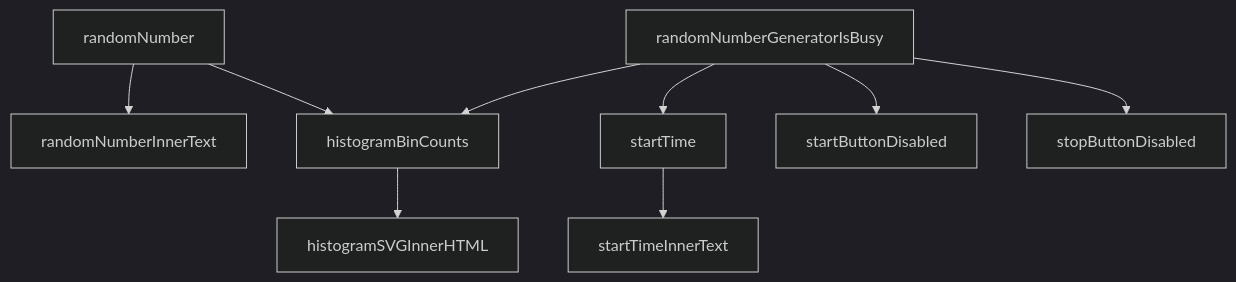
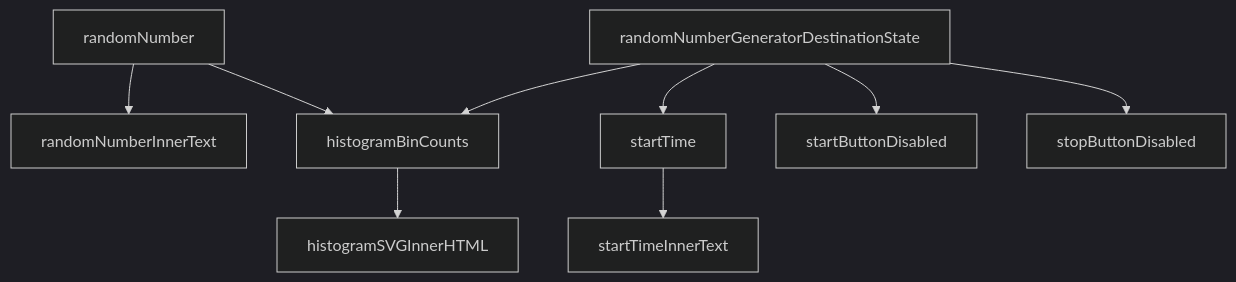
One commit to KaoruTaketani/DAQ-JS changed the diagram in README.md. Above: the diagram before and after it, drawn with Mermaid (dark theme). The commit also changed 140 other files, not shown here.

Commit message:
use destination state instead of using is busy

````diff
--- a/README.md
+++ b/README.md
@@ -114,17 +114,17 @@
 ```mermaid
 graph TD;
     histogramBinCounts-->histogramSVGInnerHTML;
     %%histogramBinLimits-->histogramSVGInnerHTML;
     %%httpServer-->elementValues;
     %%httpServer-->webSocketPathnames;
-    randomNumberGeneratorIsBusy-->histogramBinCounts;
+    randomNumberGeneratorDestinationState-->histogramBinCounts;
     randomNumber-->randomNumberInnerText;
     randomNumber-->histogramBinCounts;
     %%randomNumber-->timeSeries;
-    %%randomNumberGeneratorIsBusy-->timeSeries;
-    randomNumberGeneratorIsBusy-->startTime;
-    randomNumberGeneratorIsBusy-->startButtonDisabled;
-    randomNumberGeneratorIsBusy-->stopButtonDisabled;
+    %%randomNumberGeneratorDestinationState-->timeSeries;
+    randomNumberGeneratorDestinationState-->startTime;
+    randomNumberGeneratorDestinationState-->startButtonDisabled;
+    randomNumberGeneratorDestinationState-->stopButtonDisabled;
     startTime-->startTimeInnerText;
     %%timeSeries-->timeSeriesSVGInnerHTML;
 ```
````
